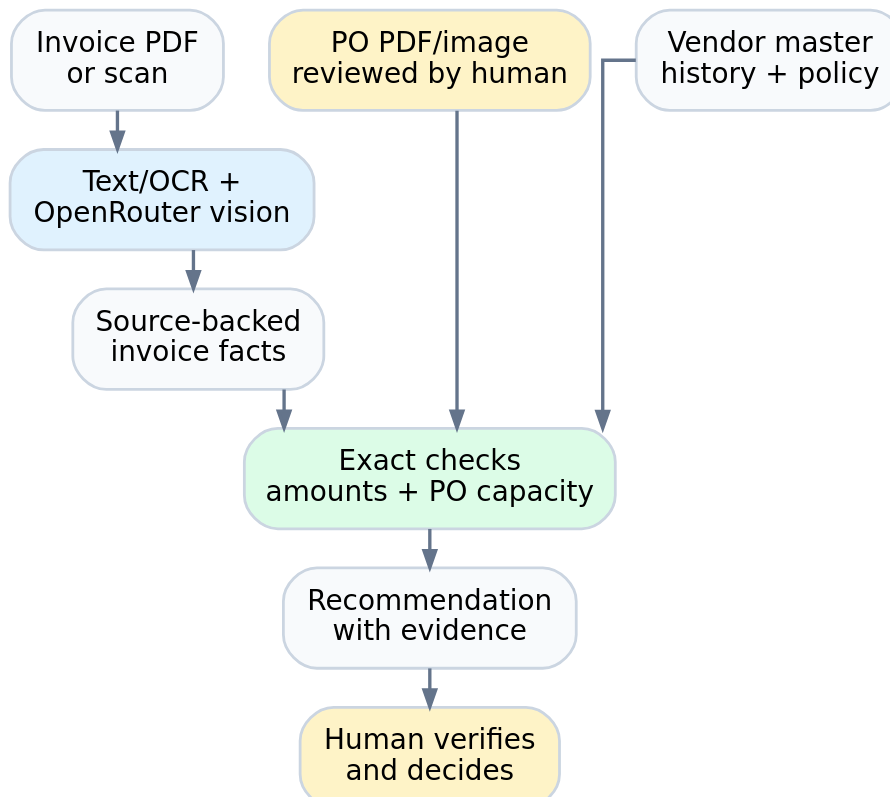
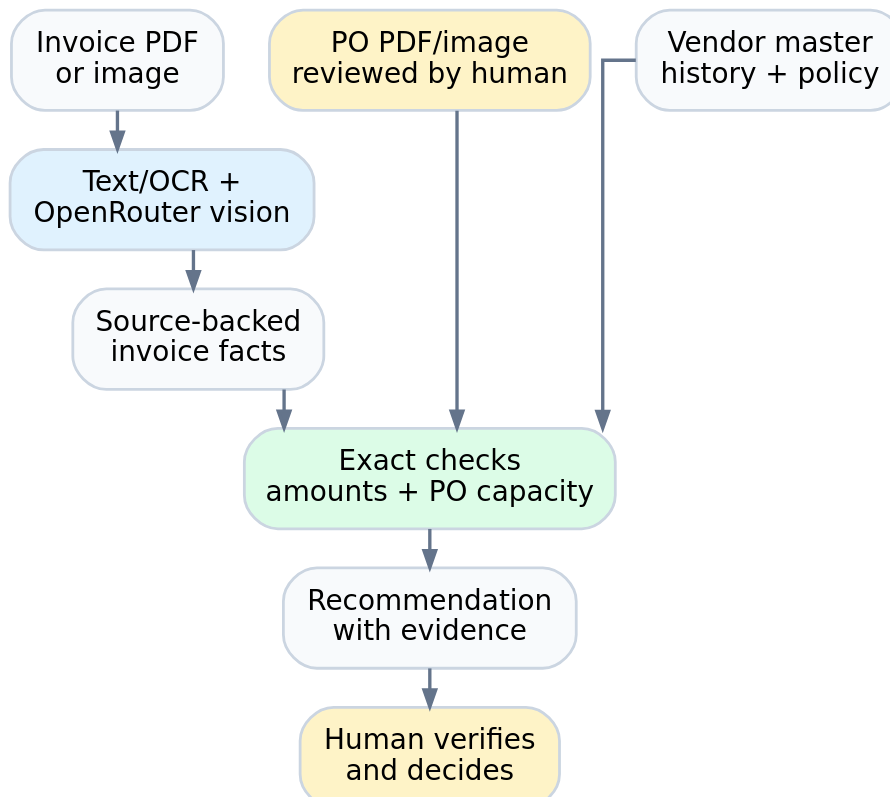
The diagram in submission/architecture.dot (sudharsan319/tresata-invoice-review), drawn with Graphviz before and after one commit. The commit also changed 11 other files, not shown here.

Commit message:
Accept invoice image uploads and preserve original previews

```diff
--- a/submission/architecture.dot
+++ b/submission/architecture.dot
@@ -1,17 +1,17 @@
 digraph APReview {
   graph [rankdir=TB, bgcolor="transparent", pad="0.06", nodesep="0.22", ranksep="0.20", splines=ortho, size="6.7,4.8!", dpi=96];
   node [shape=box, style="rounded,filled", color="#cbd5e1", fillcolor="#f8fafc", fontname="DejaVu Sans", fontsize=10, margin="0.12,0.09"];
   edge [color="#64748b", arrowsize=0.6, penwidth=1.2];
-  invoice [label="Invoice PDF\nor scan"];
+  invoice [label="Invoice PDF\nor image"];
   reading [label="Text/OCR +\nOpenRouter vision", fillcolor="#e0f2fe"];
   facts [label="Source-backed\ninvoice facts"];
   rules [label="Exact checks\namounts + PO capacity", fillcolor="#dcfce7"];
   result [label="Recommendation\nwith evidence"];
   reviewer [label="Human verifies\nand decides", fillcolor="#fef3c7"];
   po [label="PO PDF/image\nreviewed by human", fillcolor="#fef3c7"];
   refs [label="Vendor master\nhistory + policy"];
   {rank=same; invoice; po; refs;}
   invoice -> reading -> facts -> rules -> result -> reviewer;
   po -> rules;
   refs -> rules;
 }
```
